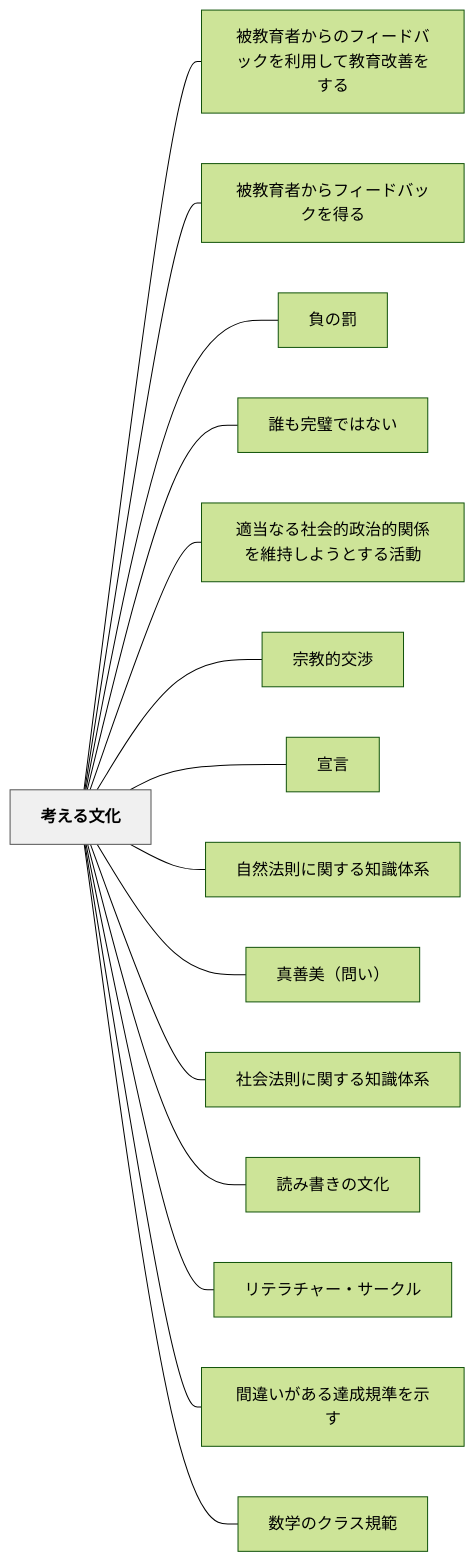
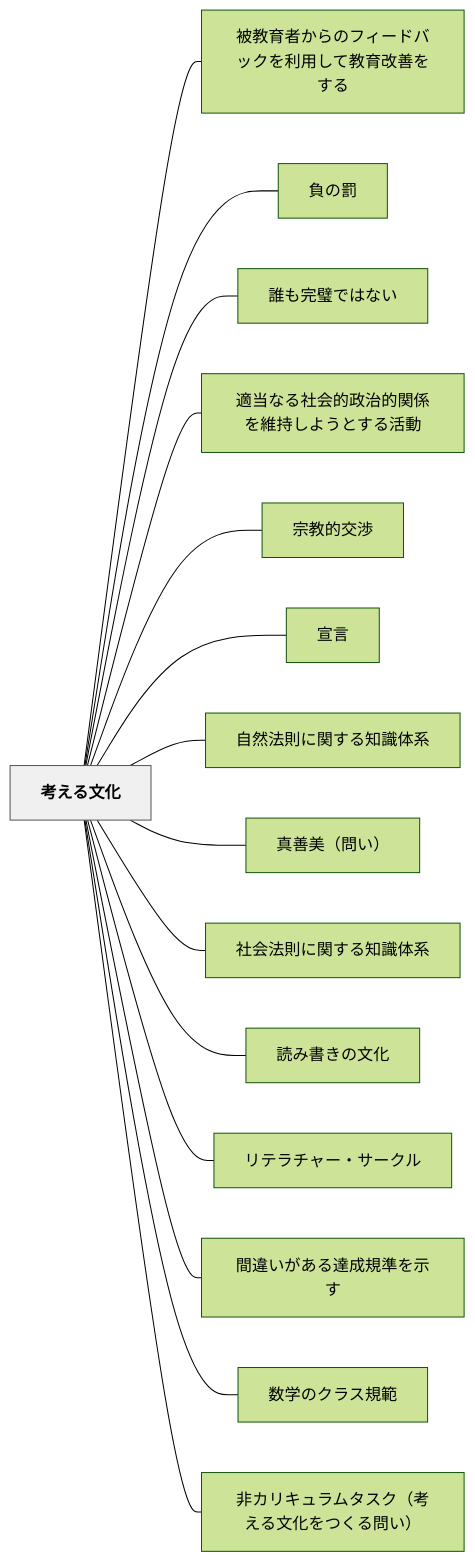
Before and after one commit to unknownthings-ed-patterns/unknownthings-ed-patterns: the diagram in content/パタン/考える文化.md, drawn with Mermaid (forest theme). The commit also changed other lines of this file and 32 other files, not shown here.

````diff
--- a/content/パタン/考える文化.md
+++ b/content/パタン/考える文化.md
@@ -144,36 +143,36 @@
 ```mermaid
 flowchart LR
     ne88083e38188e3828be69687e58c96["考える文化"]
     ne8a2abe69599e882b2e88085e3818be38289e381aee38395e382a3e383bce38389e38390e38383e382afe38292e588a9e794a8e38197e381a6e69599e882b2e694b9e59684e38292e38199e3828b["被教育者からのフィードバックを利用して教育改善をする"]
-    ne8a2abe69599e882b2e88085e3818be38289e38395e382a3e383bce38389e38390e38383e382afe38292e5be97e3828b["被教育者からフィードバックを得る"]
     ne8b2a0e381aee7bdb0["負の罰"]
     ne8aab0e38282e5ae8ce792a7e381a7e381afe381aae38184["誰も完璧ではない"]
     ne981a9e5bd93e381aae3828be7a4bee4bc9ae79a84e694bfe6b2bbe79a84e996a2e4bf82e38292e7b6ade68c81e38197e38288e38186e381a8e38199e3828be6b4bbe58b95["適当なる社会的政治的関係を維持しようとする活動"]
     ne5ae97e69599e79a84e4baa4e6b889["宗教的交渉"]
     ne5aea3e8a880["宣言"]
     ne887aae784b6e6b395e58987e381abe996a2e38199e3828be79fa5e8ad98e4bd93e7b3bb["自然法則に関する知識体系"]
     ne79c9fe59684e7be8eefbc88e5958fe38184efbc89["真善美（問い）"]
     ne7a4bee4bc9ae6b395e58987e381abe996a2e38199e3828be79fa5e8ad98e4bd93e7b3bb["社会法則に関する知識体系"]
     ne8aaade381bfe69bb8e3818de381aee69687e58c96["読み書きの文化"]
     ne383aae38386e383a9e38381e383a3e383bce383bbe382b5e383bce382afe383ab["リテラチャー・サークル"]
     ne99693e98195e38184e3818ce38182e3828be98194e68890e8a68fe6ba96e38292e7a4bae38199["間違いがある達成規準を示す"]
     ne695b0e5ada6e381aee382afe383a9e382b9e8a68fe7af84["数学のクラス規範"]
+    ne99d9ee382abe383aae382ade383a5e383a9e383a0e382bfe382b9e382afefbc88e88083e38188e3828be69687e58c96e38292e381a4e3818fe3828be5958fe38184efbc89["非カリキュラムタスク（考える文化をつくる問い）"]
 
     ne88083e38188e3828be69687e58c96 --- ne8a2abe69599e882b2e88085e3818be38289e381aee38395e382a3e383bce38389e38390e38383e382afe38292e588a9e794a8e38197e381a6e69599e882b2e694b9e59684e38292e38199e3828b
-    ne88083e38188e3828be69687e58c96 --- ne8a2abe69599e882b2e88085e3818be38289e38395e382a3e383bce38389e38390e38383e382afe38292e5be97e3828b
     ne88083e38188e3828be69687e58c96 --- ne8b2a0e381aee7bdb0
     ne88083e38188e3828be69687e58c96 --- ne8aab0e38282e5ae8ce792a7e381a7e381afe381aae38184
     ne88083e38188e3828be69687e58c96 --- ne981a9e5bd93e381aae3828be7a4bee4bc9ae79a84e694bfe6b2bbe79a84e996a2e4bf82e38292e7b6ade68c81e38197e38288e38186e381a8e38199e3828be6b4bbe58b95
     ne88083e38188e3828be69687e58c96 --- ne5ae97e69599e79a84e4baa4e6b889
     ne88083e38188e3828be69687e58c96 --- ne5aea3e8a880
     ne88083e38188e3828be69687e58c96 --- ne887aae784b6e6b395e58987e381abe996a2e38199e3828be79fa5e8ad98e4bd93e7b3bb
     ne88083e38188e3828be69687e58c96 --- ne79c9fe59684e7be8eefbc88e5958fe38184efbc89
     ne88083e38188e3828be69687e58c96 --- ne7a4bee4bc9ae6b395e58987e381abe996a2e38199e3828be79fa5e8ad98e4bd93e7b3bb
     ne88083e38188e3828be69687e58c96 --- ne8aaade381bfe69bb8e3818de381aee69687e58c96
     ne88083e38188e3828be69687e58c96 --- ne383aae38386e383a9e38381e383a3e383bce383bbe382b5e383bce382afe383ab
     ne88083e38188e3828be69687e58c96 --- ne99693e98195e38184e3818ce38182e3828be98194e68890e8a68fe6ba96e38292e7a4bae38199
     ne88083e38188e3828be69687e58c96 --- ne695b0e5ada6e381aee382afe383a9e382b9e8a68fe7af84
+    ne88083e38188e3828be69687e58c96 --- ne99d9ee382abe383aae382ade383a5e383a9e383a0e382bfe382b9e382afefbc88e88083e38188e3828be69687e58c96e38292e381a4e3818fe3828be5958fe38184efbc89
 
     classDef hub fill:#f0f0f0,stroke:#555,color:#000,font-weight:bold
     class ne88083e38188e3828be69687e58c96 hub
 ```
````
